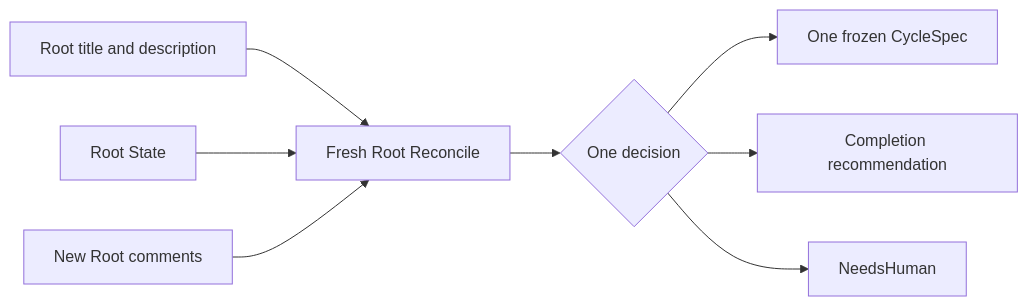
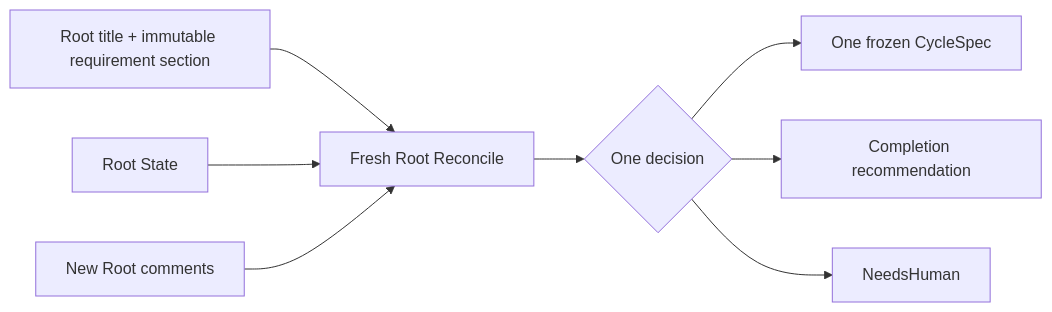
Before and after one commit to hallucination-studio/symphony: the diagram in docs/architecture/root-reconciliation.md, drawn with Mermaid. The commit also changed other lines of this file and 30 other files, not shown here.

````diff
--- a/docs/architecture/root-reconciliation.md
+++ b/docs/architecture/root-reconciliation.md
@@ -57,11 +62,11 @@
 ```mermaid
 %% source-rules: WF-AUTH-001 WF-AUTH-002 WF-AUTH-003 WF-AUTH-005 WF-AUTH-007
 flowchart LR
-  Requirement[Root title and description] --> Reconcile[Fresh Root Reconcile]
+  Requirement[Root title + immutable requirement section] --> Reconcile[Fresh Root Reconcile]
   State[Root State] --> Reconcile
   Comments[New Root comments] --> Reconcile
   Reconcile --> Choice{One decision}
   Choice --> Cycle[One frozen CycleSpec]
   Choice --> Complete[Completion recommendation]
   Choice --> Human[NeedsHuman]
 ```
````
